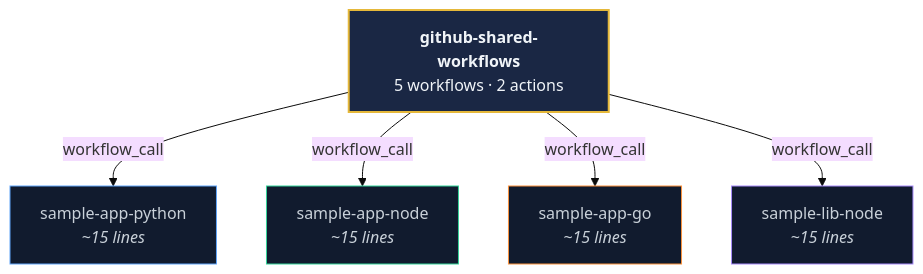
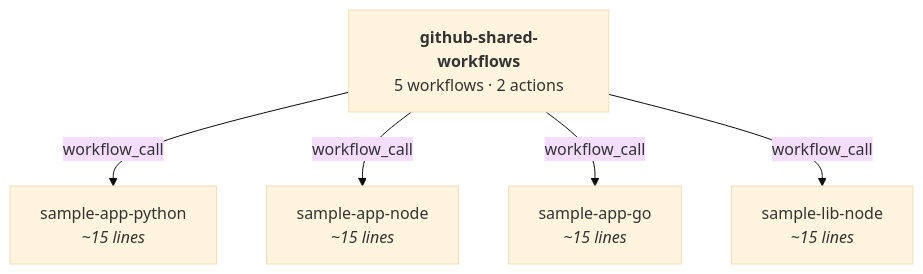
One commit to mruthyunjaya-lakkappanavar/gha-reusable-workflows-docs changed the diagram in docs/01-executive-summary.md. Above: the diagram before and after it, drawn with Mermaid (base theme). The commit also changed 4 other files, not shown here.

Commit message:
Remove hardcoded dark styles from Mermaid diagrams for light/dark mode support

````diff
--- a/docs/01-executive-summary.md
+++ b/docs/01-executive-summary.md
@@ -21,14 +21,8 @@
 ```mermaid
 graph TD
     HUB["<strong>github-shared-workflows</strong><br/>5 workflows · 2 actions"]
     HUB -->|workflow_call| A["sample-app-python<br/><em>~15 lines</em>"]
     HUB -->|workflow_call| B["sample-app-node<br/><em>~15 lines</em>"]
     HUB -->|workflow_call| C["sample-app-go<br/><em>~15 lines</em>"]
     HUB -->|workflow_call| D["sample-lib-node<br/><em>~15 lines</em>"]
-
-    style HUB fill:#1a2744,stroke:#e5b83a,stroke-width:2px,color:#f0f4f8
-    style A fill:#111b2e,stroke:#60a5fa,color:#c9d1d9
-    style B fill:#111b2e,stroke:#34d399,color:#c9d1d9
-    style C fill:#111b2e,stroke:#fb923c,color:#c9d1d9
-    style D fill:#111b2e,stroke:#a78bfa,color:#c9d1d9
 ```
````
